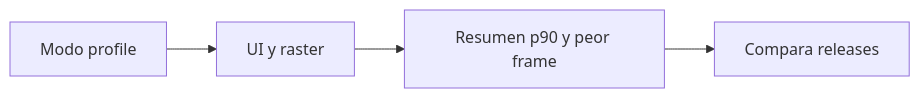
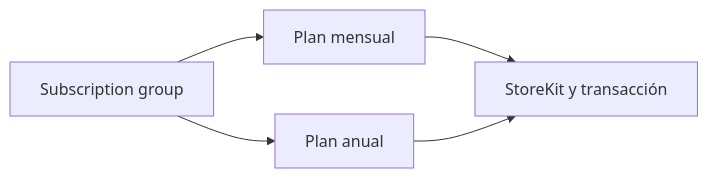
Before and after one commit to NICORUIZ93/The_Imperial_Book: the fifth of 12 diagrams in web/public/content/flutter/modulo-18.md, drawn with Mermaid. The commit also changed other lines of this file and 305 other files, not shown here.

````diff
--- a/web/public/content/flutter/modulo-18.md
+++ b/web/public/content/flutter/modulo-18.md
@@ -451,6 +129,7 @@
 ```mermaid
 flowchart LR
-  Profile[Modo profile] --> Timings[UI y raster]
-  Timings --> Summary[Resumen p90 y peor frame]
-  Summary --> Review[Compara releases]
+  Group[Subscription group] --> Monthly[Plan mensual]
+  Group --> Annual[Plan anual]
+  Monthly --> StoreKit[StoreKit y transacción]
+  Annual --> StoreKit
 ```
````
